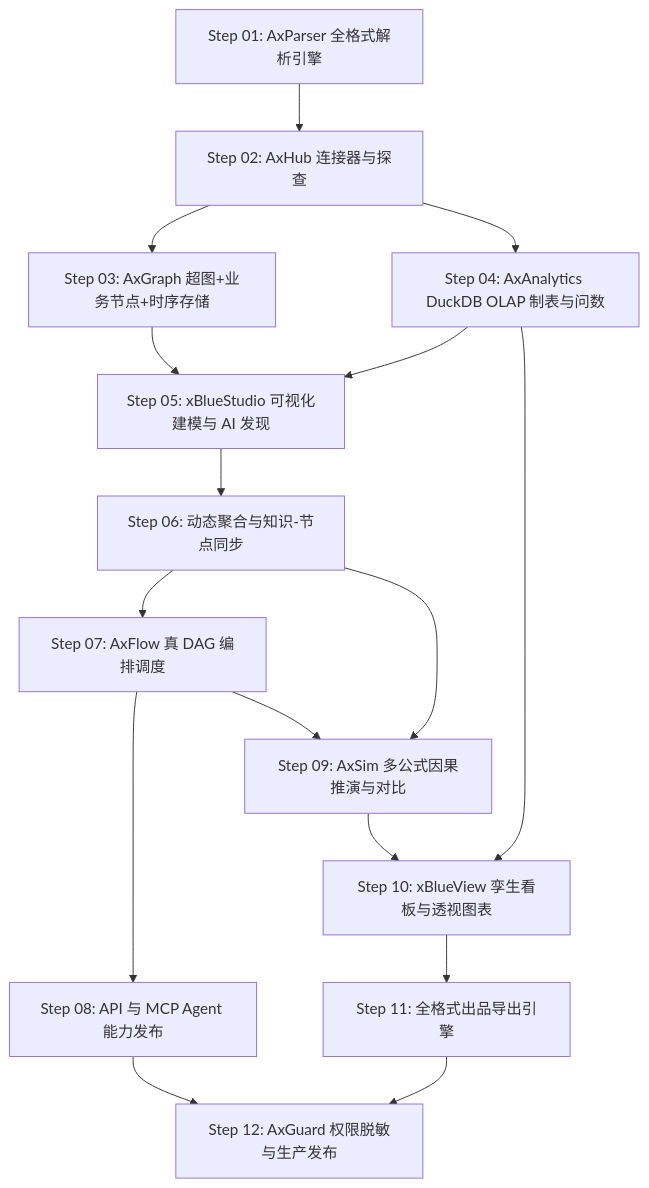
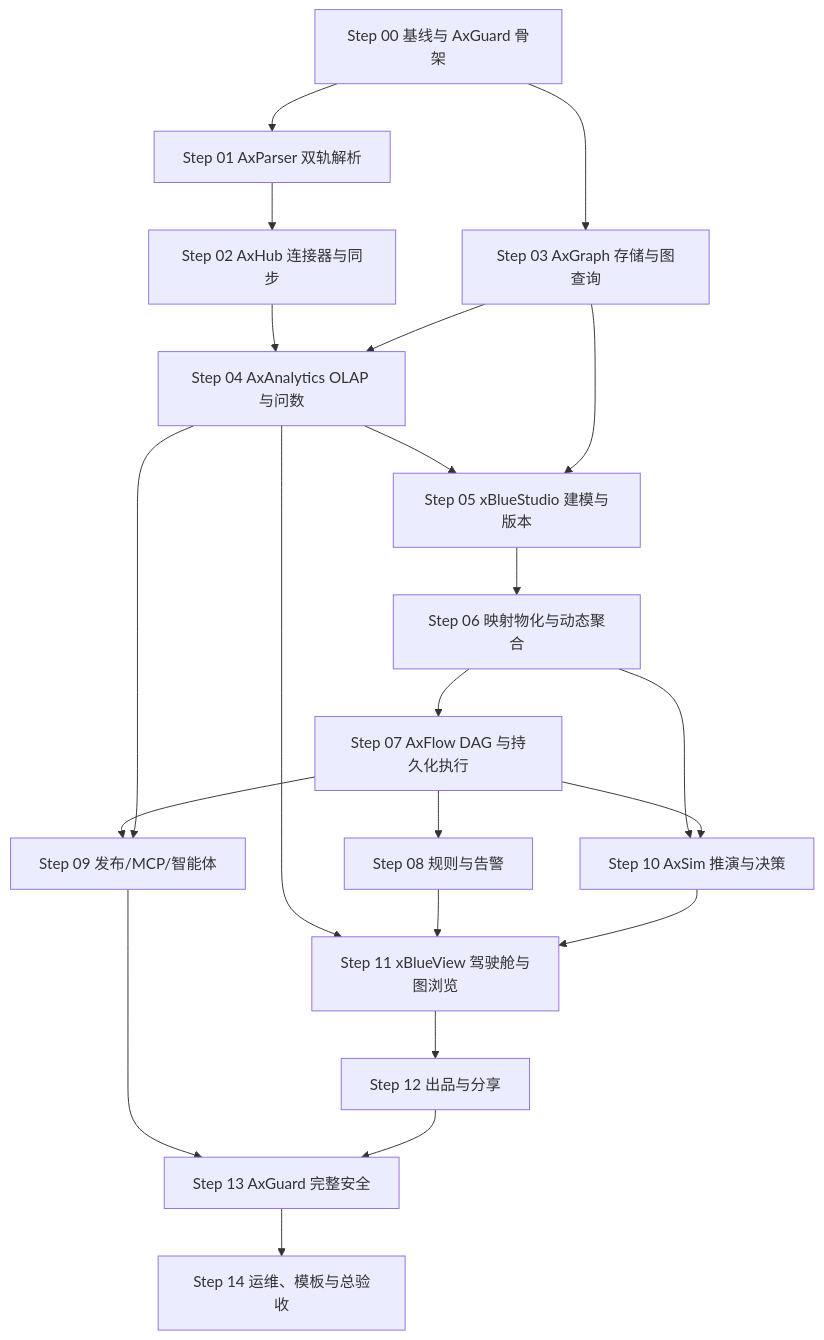
One commit to jjdufu/xBlueNode changed the second of 2 diagrams in docs/blueprint/00-MASTER-INDEX.md. Above: the diagram before and after it, drawn with Mermaid. The commit also changed other lines of this file and 40 other files, not shown here.

````diff
--- a/docs/blueprint/00-MASTER-INDEX.md
+++ b/docs/blueprint/00-MASTER-INDEX.md
@@ -149,18 +198,24 @@
 ```mermaid
 flowchart TD
-    S1["Step 01: AxParser 全格式解析引擎"] --> S2["Step 02: AxHub 连接器与探查"]
-    S2 --> S3["Step 03: AxGraph 超图+业务节点+时序存储"]
-    S2 --> S4["Step 04: AxAnalytics DuckDB OLAP 制表与问数"]
-    S3 --> S5["Step 05: xBlueStudio 可视化建模与 AI 发现"]
-    S4 --> S5
-    S5 --> S6["Step 06: 动态聚合与知识-节点同步"]
-    S6 --> S7["Step 07: AxFlow 真 DAG 编排调度"]
-    S7 --> S8["Step 08: API 与 MCP Agent 能力发布"]
-    S6 --> S9["Step 09: AxSim 多公式因果推演与对比"]
-    S7 --> S9
-    S4 --> S10["Step 10: xBlueView 孪生看板与透视图表"]
-    S9 --> S10
-    S10 --> S11["Step 11: 全格式出品导出引擎"]
-    S8 --> S12["Step 12: AxGuard 权限脱敏与生产发布"]
-    S11 --> S12
+    S00["Step 00 基线与 AxGuard 骨架"] --> S01["Step 01 AxParser 双轨解析"]
+    S00 --> S03["Step 03 AxGraph 存储与图查询"]
+    S01 --> S02["Step 02 AxHub 连接器与同步"]
+    S02 --> S04["Step 04 AxAnalytics OLAP 与问数"]
+    S03 --> S04
+    S04 --> S05["Step 05 xBlueStudio 建模与版本"]
+    S03 --> S05
+    S05 --> S06["Step 06 映射物化与动态聚合"]
+    S06 --> S07["Step 07 AxFlow DAG 与持久化执行"]
+    S07 --> S08["Step 08 规则与告警"]
+    S07 --> S09["Step 09 发布/MCP/智能体"]
+    S04 --> S09
+    S06 --> S10["Step 10 AxSim 推演与决策"]
+    S07 --> S10
+    S04 --> S11["Step 11 xBlueView 驾驶舱与图浏览"]
+    S08 --> S11
+    S10 --> S11
+    S11 --> S12["Step 12 出品与分享"]
+    S09 --> S13["Step 13 AxGuard 完整安全"]
+    S12 --> S13
+    S13 --> S14["Step 14 运维、模板与总验收"]
 ```
````
